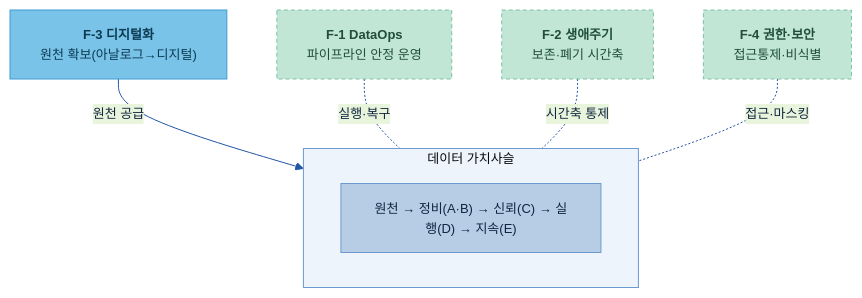
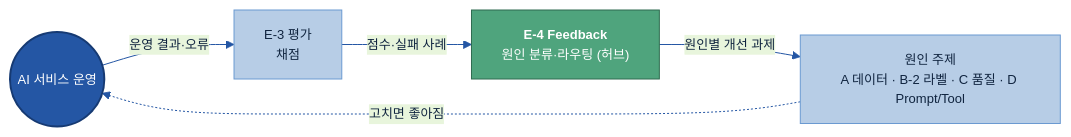
Before and after one commit to jin-kearney/ai-ready-data-manual: the seventh of 7 diagrams in 전체 목차/00 전체 목차 (20개 주제).md, drawn with Mermaid. The commit also changed other lines of this file, not shown here.

````diff
--- a/전체 목차/00 전체 목차 (20개 주제).md
+++ b/전체 목차/00 전체 목차 (20개 주제).md
@@ -186,19 +232,15 @@
 ```mermaid
-%%{init: {'theme':'base','themeVariables':{'primaryColor':'#DCE8F5','primaryBorderColor':'#2456A4','primaryTextColor':'#10243f','lineColor':'#2456A4','clusterBkg':'#EEF4FB','clusterBorder':'#6B9AD1','fontSize':'13px'}}}%%
-flowchart TB
-    F3["<b>F-3 디지털화</b><br/>원천 확보(아날로그→디지털)"]:::src
-    subgraph CHAIN["데이터 가치사슬"]
-        X["원천 → 정비(A·B) → 신뢰(C) → 실행(D) → 지속(E)"]:::n
-    end
-    F1["<b>F-1 DataOps</b><br/>파이프라인 안정 운영"]:::cross
-    F2["<b>F-2 생애주기</b><br/>보존·폐기 시간축"]:::cross
-    F4["<b>F-4 권한·보안</b><br/>접근통제·비식별"]:::cross
-    F3 -->|원천 공급| CHAIN
-    F1 -. 실행·복구 .- CHAIN
-    F2 -. 시간축 통제 .- CHAIN
-    F4 -. 접근·마스킹 .- CHAIN
+%%{init: {'theme':'base','themeVariables':{'primaryColor':'#DCE8F5','primaryBorderColor':'#2456A4','primaryTextColor':'#10243f','lineColor':'#2456A4','fontSize':'13px'}}}%%
+flowchart LR
+    AI(("AI 서비스 운영")):::cat
+    E3["E-3 평가<br/>채점"]:::n
+    E4["<b>E-4 Feedback</b><br/>원인 분류·라우팅 (허브)"]:::loop
+    CAUSE["원인 주제<br/>A 데이터 · B-2 라벨 · C 품질 · D Prompt/Tool"]:::n
+    AI -->|운영 결과·오류| E3 -->|점수·실패 사례| E4
+    E4 -->|원인별 개선 과제| CAUSE
+    CAUSE -. 고치면 좋아짐 .-> AI
 
     classDef n fill:#B7CDE6,stroke:#6B9AD1,color:#10243f;
-    classDef src fill:#79C3E8,stroke:#3F9BD4,color:#0b3a52;
-    classDef cross fill:#C2E6D6,stroke:#7CC2A7,color:#1f4d3a,stroke-dasharray:4 3;
+    classDef cat fill:#2456A4,color:#fff,stroke:#163a73,stroke-width:2px;
+    classDef loop fill:#4FA47D,stroke:#2f6b50,color:#fff;
 ```
````
